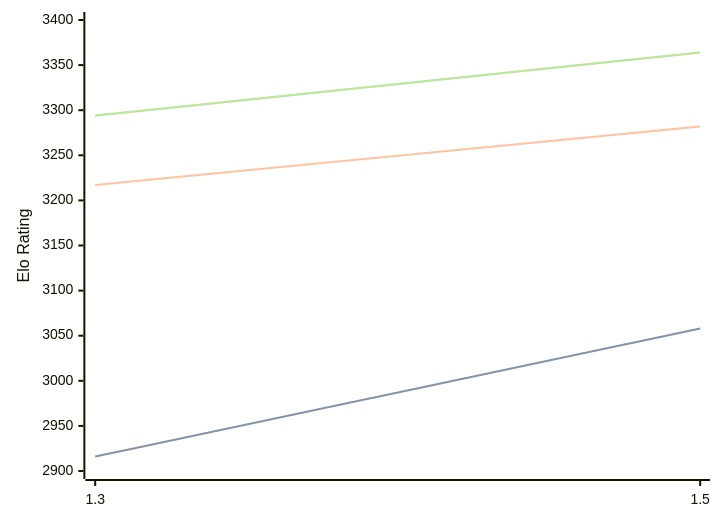
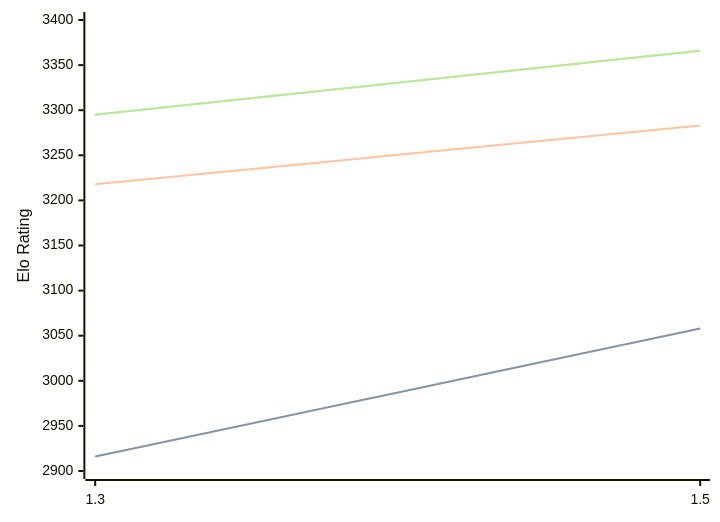
The diagram in engines/Lambergar.md (computer-chess-index/cci), drawn with Mermaid before and after one commit. The commit also changed other lines of this file, not shown here.

Commit message:
Update CCI Ratings (ELO VLTC) - 2026-10-02

````diff
--- a/engines/Lambergar.md
+++ b/engines/Lambergar.md
@@ -32,11 +32,11 @@
 ```mermaid
 %%{init: {"theme":"base","themeVariables":{"seriesColors:['#a3a3a3','#222221','#faa371']}}}%%
 xychart-beta
   x-axis ["1.3", "1.5"]
   y-axis "Elo Rating" 2900 --> 3400
   line "" [2916, 3058]
   line "STC (8.0+0.08s)" [2916, 3058]
-  line "LTC (60.0+0.60s)" [3217, 3282]
-  line "" [3294, 3364]
-  line "VLTC (2m24s+1.12s)" [3294, 3364]
+  line "LTC (60.0+0.60s)" [3218, 3283]
+  line "" [3295, 3366]
+  line "VLTC (2m24s+1.12s)" [3295, 3366]
 ```
````
